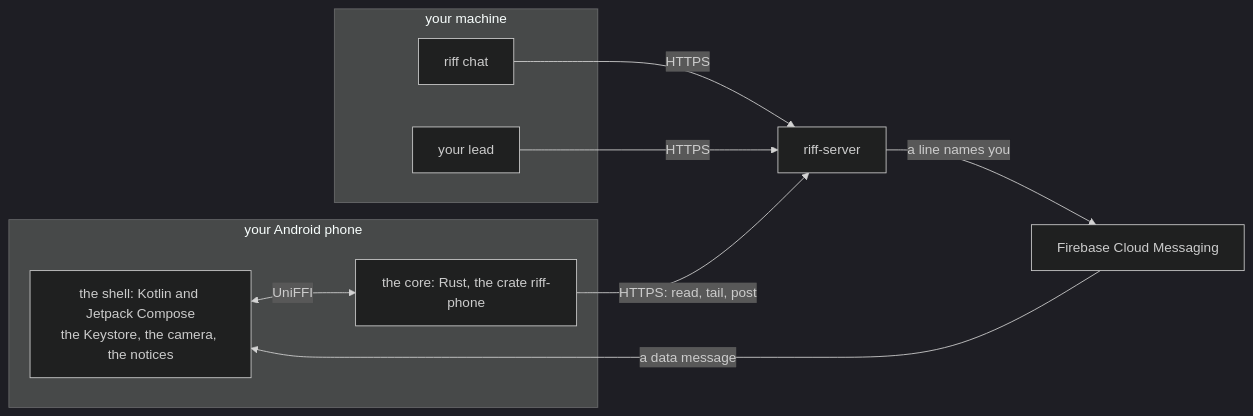
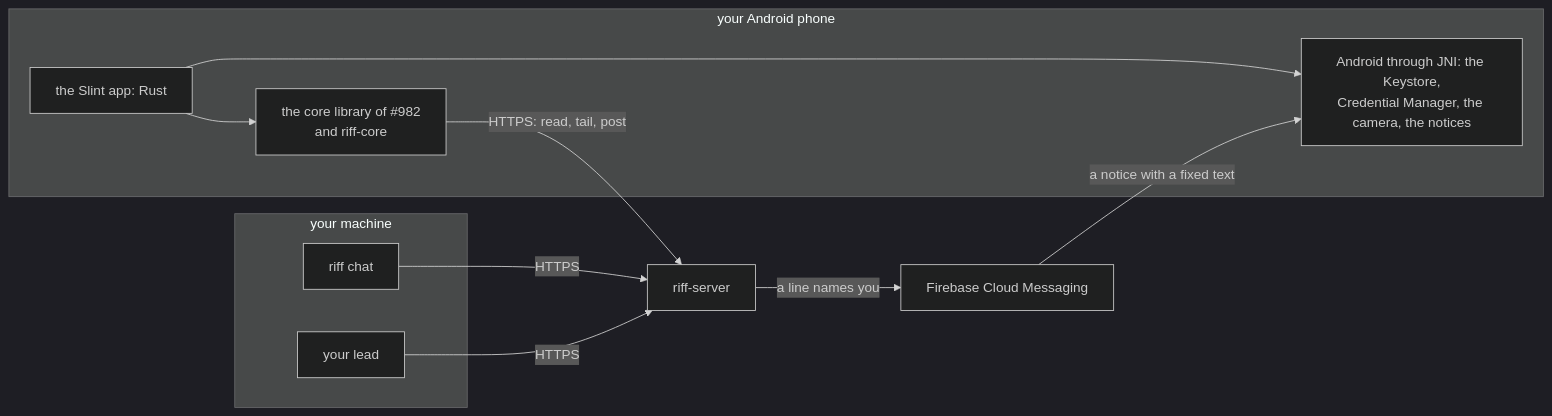
One commit to como-technologies/riff changed the first of 3 diagrams in docs/src/riff-mobile.md. Above: the diagram before and after it, drawn with Mermaid (dark theme). The commit also changed other lines of this file and 1 other file, not shown here.

First line of the commit message:
Design: riff chat on a phone: a Slint app for Android, all in Rust (#951)

````diff
--- a/docs/src/riff-mobile.md
+++ b/docs/src/riff-mobile.md
@@ -30,17 +31,19 @@
 ```mermaid
 flowchart LR
     subgraph P["your Android phone"]
-        U["the shell: Kotlin and Jetpack Compose<br/>the Keystore, the camera, the notices"]
-        R["the core: Rust, the crate riff-phone"]
-        U <-- "UniFFI" --> R
+        U["the Slint app: Rust"]
+        C["the core library of #982<br/>and riff-core"]
+        A["Android through JNI: the Keystore,<br/>Credential Manager, the camera, the notices"]
+        U --> C
+        U --> A
     end
     subgraph M["your machine"]
-        C["riff chat"]
+        R["riff chat"]
         L["your lead"]
     end
-    R -- "HTTPS: read, tail, post" --> S["riff-server"]
-    C -- "HTTPS" --> S
+    C -- "HTTPS: read, tail, post" --> S["riff-server"]
+    R -- "HTTPS" --> S
     L -- "HTTPS" --> S
     S -- "a line names you" --> F["Firebase Cloud Messaging"]
-    F -- "a data message" --> U
+    F -- "a notice with a fixed text" --> A
 ```
````
